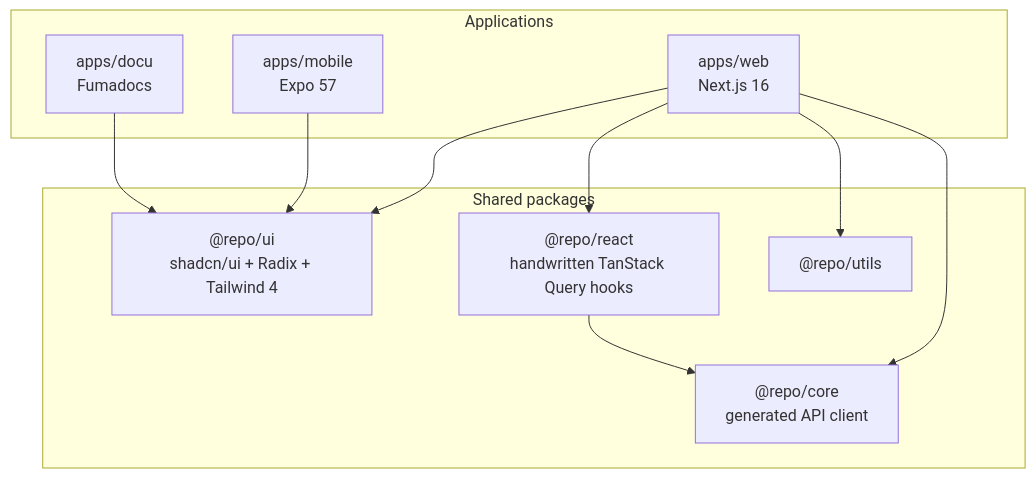
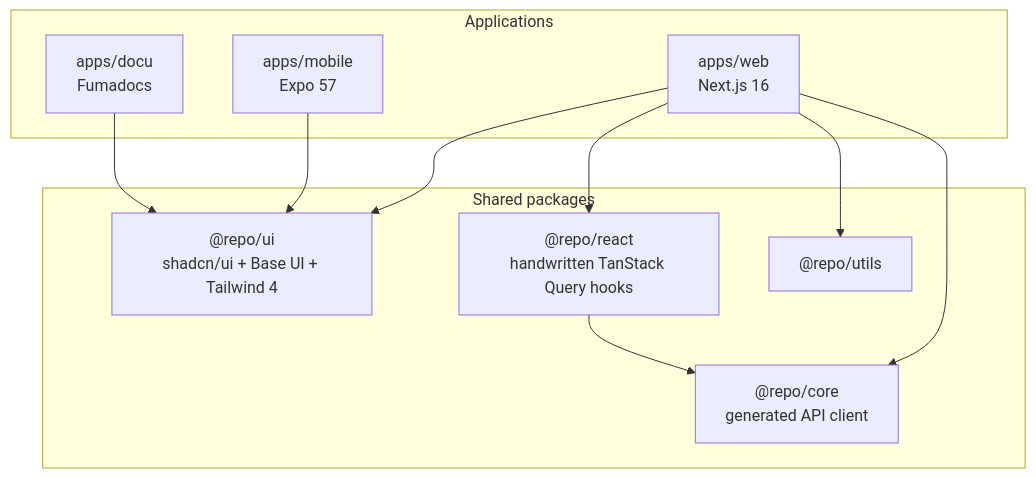
One commit to blockmatic/basilic changed the diagram in apps/docu/content/docs/architecture/frontend.mdx. Above: the diagram before and after it, drawn with Mermaid. The commit also changed other lines of this file and 81 other files, not shown here.

Commit message:
feat(ui): migrate shadcn wrappers to Base UI

````diff
--- a/apps/docu/content/docs/architecture/frontend.mdx
+++ b/apps/docu/content/docs/architecture/frontend.mdx
@@ -10,23 +10,23 @@
 ```mermaid
 flowchart TB
   subgraph Apps["Applications"]
     Web["apps/web<br/>Next.js 16"]
     Mobile["apps/mobile<br/>Expo 57"]
     Docs["apps/docu<br/>Fumadocs"]
   end
 
   subgraph Packages["Shared packages"]
-    UI["@repo/ui<br/>shadcn/ui + Radix + Tailwind 4"]
+    UI["@repo/ui<br/>shadcn/ui + Base UI + Tailwind 4"]
     React["@repo/react<br/>handwritten TanStack Query hooks"]
     Core["@repo/core<br/>generated API client"]
     Utils["@repo/utils"]
   end
 
   Web --> UI
   Web --> React
   Web --> Core
   Web --> Utils
   Mobile --> UI
   Docs --> UI
   React --> Core
 ```
````
